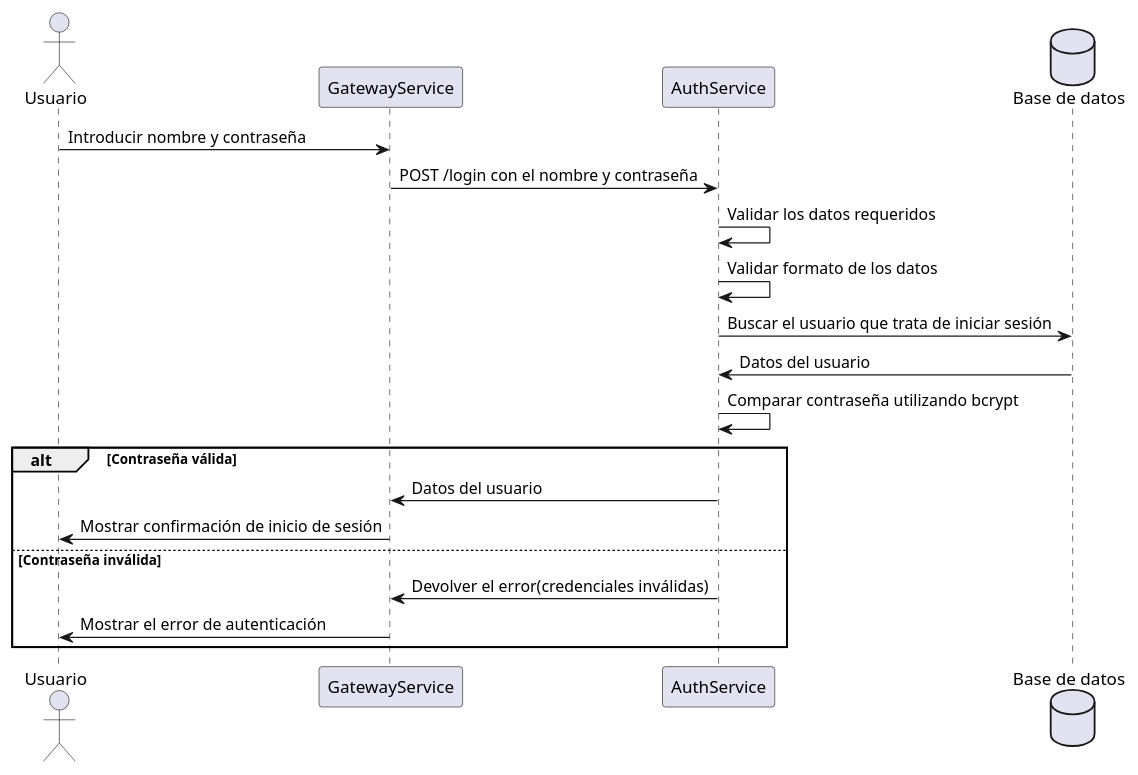
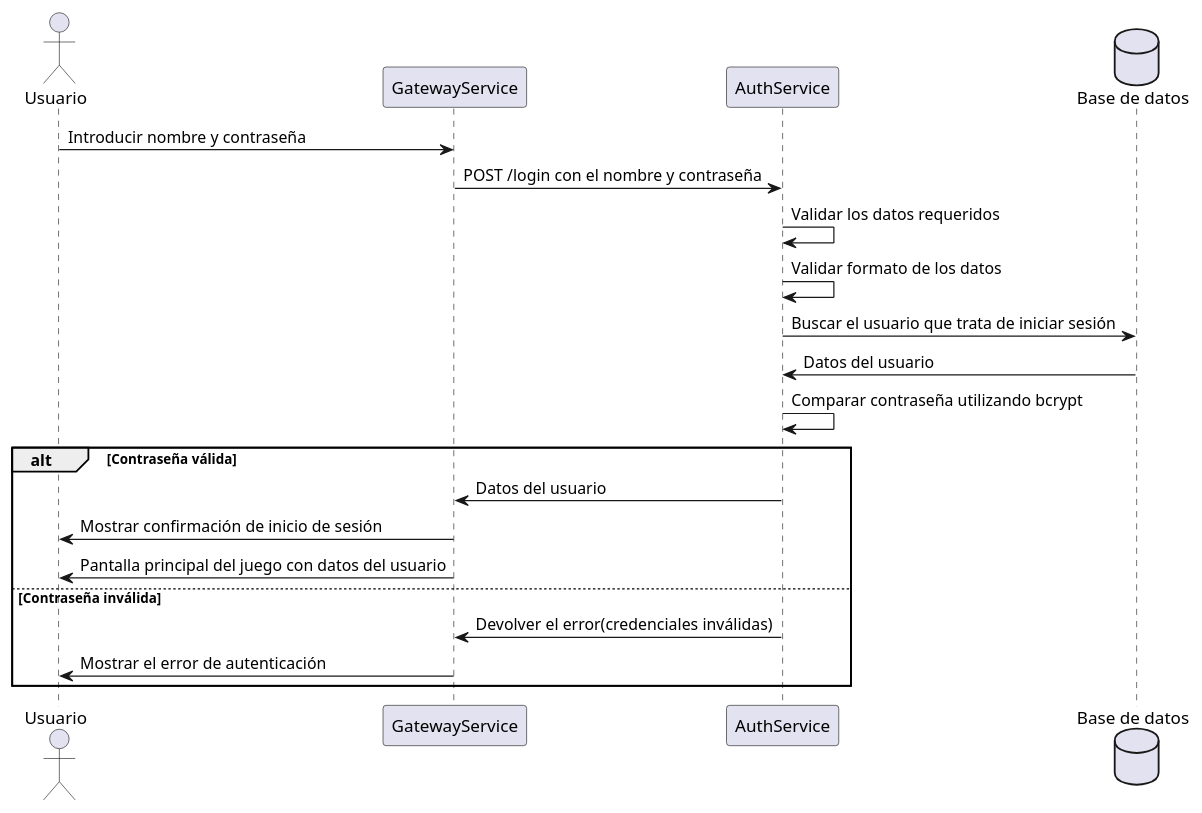
One commit to Arquisoft/wichat_es5a changed the second of 3 diagrams in docs/src/06_runtime_view.adoc. Above: the diagram before and after it, drawn with PlantUML.

Commit message:
Correccion datos del usuario

```diff
--- a/docs/src/06_runtime_view.adoc
+++ b/docs/src/06_runtime_view.adoc
@@ -73,24 +73,25 @@
 [plantuml,"Log in diagram",png]
 ----
 
 actor Usuario
 participant "GatewayService" as GS
 participant "AuthService" as AS
 database "Base de datos" as DB
 
 Usuario -> GS: Introducir nombre y contraseña
 GS -> AS: POST /login con el nombre y contraseña
 AS -> AS: Validar los datos requeridos
 AS -> AS: Validar formato de los datos
 AS -> DB: Buscar el usuario que trata de iniciar sesión
 DB -> AS: Datos del usuario
 AS -> AS: Comparar contraseña utilizando bcrypt
 alt Contraseña válida
     AS -> GS: Datos del usuario
     GS -> Usuario: Mostrar confirmación de inicio de sesión
+    GS -> Usuario: Pantalla principal del juego con datos del usuario
 else Contraseña inválida
     AS -> GS: Devolver el error(credenciales inválidas)
     GS -> Usuario: Mostrar el error de autenticación
 end
 
 ----
```
